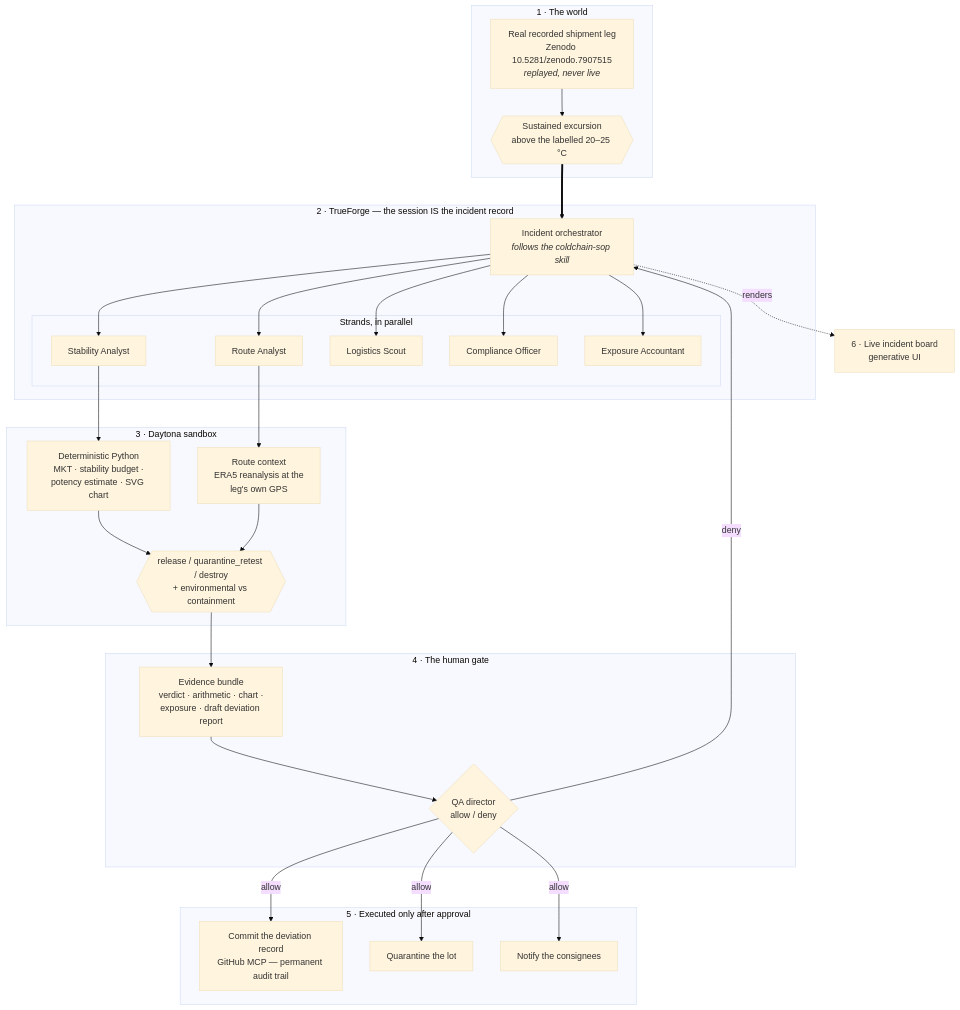
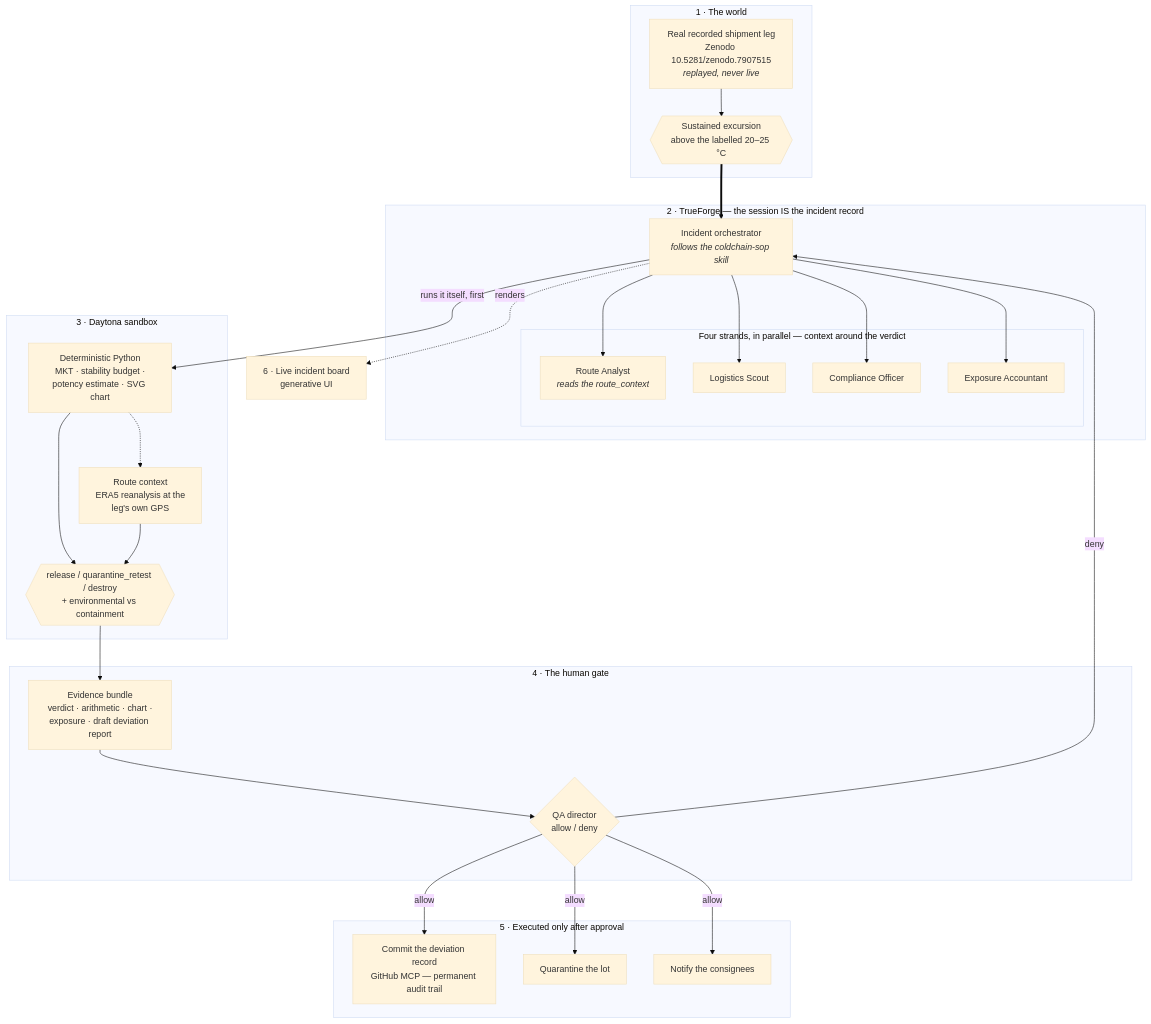
The diagram in README.md (Mulaydm10/ColdCall), drawn with Mermaid (base theme) before and after one commit. The commit also changed other lines of this file and 7 other files, not shown here.

````diff
--- a/README.md
+++ b/README.md
@@ -75,48 +75,47 @@
 ```mermaid
 flowchart TB
     subgraph W["1 · The world"]
         TEL["Real recorded shipment leg<br/>Zenodo 10.5281/zenodo.7907515<br/><i>replayed, never live</i>"]
         EXC{{"Sustained excursion<br/>above the labelled 20–25 °C"}}
         TEL --> EXC
     end
 
     subgraph H["2 · TrueForge — the session IS the incident record"]
         ORCH["Incident orchestrator<br/><i>follows the coldchain-sop skill</i>"]
-        subgraph S["Strands, in parallel"]
-            S1["Stability Analyst"]
-            S5["Route Analyst"]
+        subgraph S["Four strands, in parallel — context around the verdict"]
+            S5["Route Analyst<br/><i>reads the route_context</i>"]
             S2["Logistics Scout"]
             S3["Compliance Officer"]
             S4["Exposure Accountant"]
         end
-        ORCH --> S1 & S5 & S2 & S3 & S4
+        ORCH --> S5 & S2 & S3 & S4
     end
 
     subgraph D["3 · Daytona sandbox"]
         MATH["Deterministic Python<br/>MKT · stability budget ·<br/>potency estimate · SVG chart"]
         WHY["Route context<br/>ERA5 reanalysis at the<br/>leg's own GPS"]
         V{{"release / quarantine_retest / destroy<br/>+ environmental vs containment"}}
         MATH --> V
         WHY --> V
     end
-    S1 --> MATH
-    S5 --> WHY
+    ORCH -- "runs it itself, first" --> MATH
+    MATH -.-> WHY
 
     subgraph G["4 · The human gate"]
         BUNDLE["Evidence bundle<br/>verdict · arithmetic · chart ·<br/>exposure · draft deviation report"]
         HUM{"QA director<br/>allow / deny"}
         BUNDLE --> HUM
     end
     V --> BUNDLE
 
     subgraph A["5 · Executed only after approval"]
         A1["Commit the deviation record<br/>GitHub MCP — permanent audit trail"]
         A2["Quarantine the lot"]
         A3["Notify the consignees"]
     end
     HUM -- allow --> A1 & A2 & A3
     HUM -- deny --> ORCH
 
     EXC ==> ORCH
     ORCH -.renders.-> BOARD["6 · Live incident board<br/>generative UI"]
 ```
````
